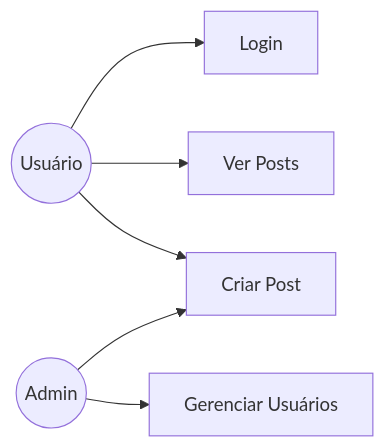
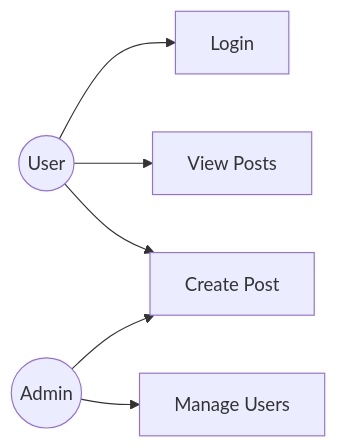
The second of 2 diagrams in posts/2026-03-24-bem-vindo.md (maycommit/maycommit.github.io), drawn with Mermaid before and after one commit. The commit also changed other lines of this file and 3 other files, not shown here.

First line of the commit message:
Add function-plot graphs and translate everything to English

````diff
--- a/posts/2026-03-24-bem-vindo.md
+++ b/posts/2026-03-24-bem-vindo.md
@@ -27,10 +27,10 @@
 ```mermaid
 graph LR
-    User((Usuário))
+    User((User))
     User --> Login[Login]
-    User --> ViewPosts[Ver Posts]
-    User --> CreatePost[Criar Post]
+    User --> ViewPosts[View Posts]
+    User --> CreatePost[Create Post]
     Admin((Admin))
-    Admin --> ManageUsers[Gerenciar Usuários]
+    Admin --> ManageUsers[Manage Users]
     Admin --> CreatePost
 ```
````
